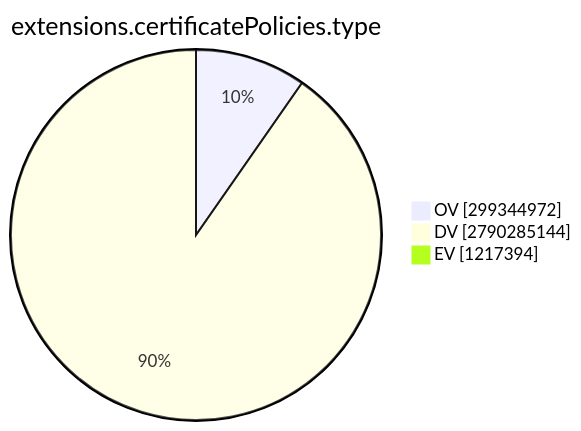
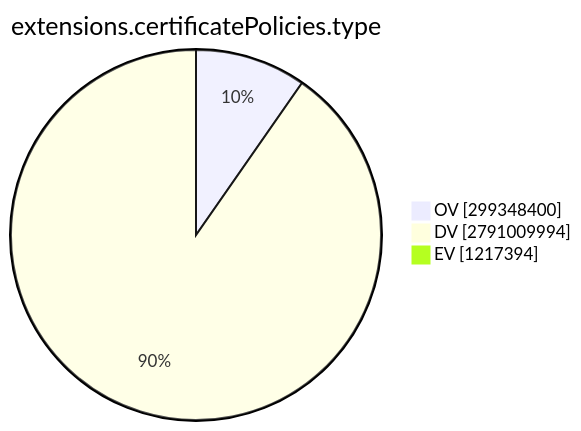
Before and after one commit to christiankrug/ctmonitor_visualization: the ninth of 15 diagrams in TOTAL/README.md, drawn with Mermaid. The commit also changed other lines of this file, not shown here.

````diff
--- a/TOTAL/README.md
+++ b/TOTAL/README.md
@@ -3101,7 +3101,7 @@
 ```mermaid
 pie showData
 title extensions.certificatePolicies.type
-"OV" :299344972
-"DV" :2790285144
+"OV" :299348400
+"DV" :2791009994
 "EV" :1217394
 ```
````
